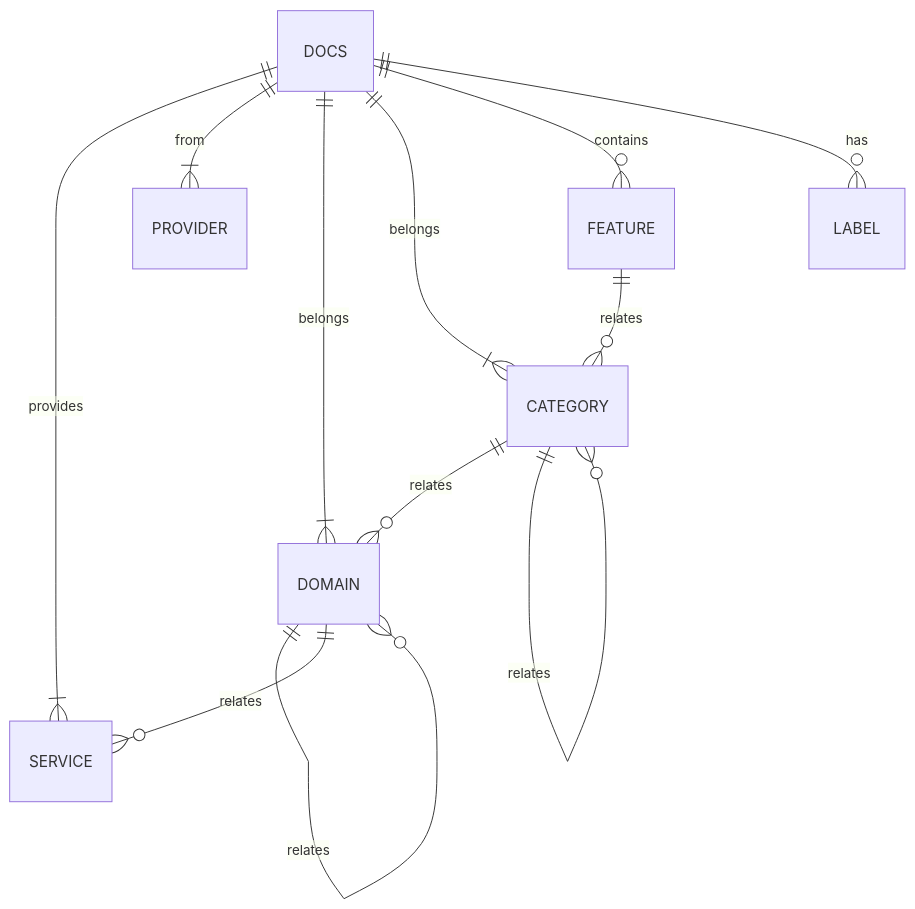
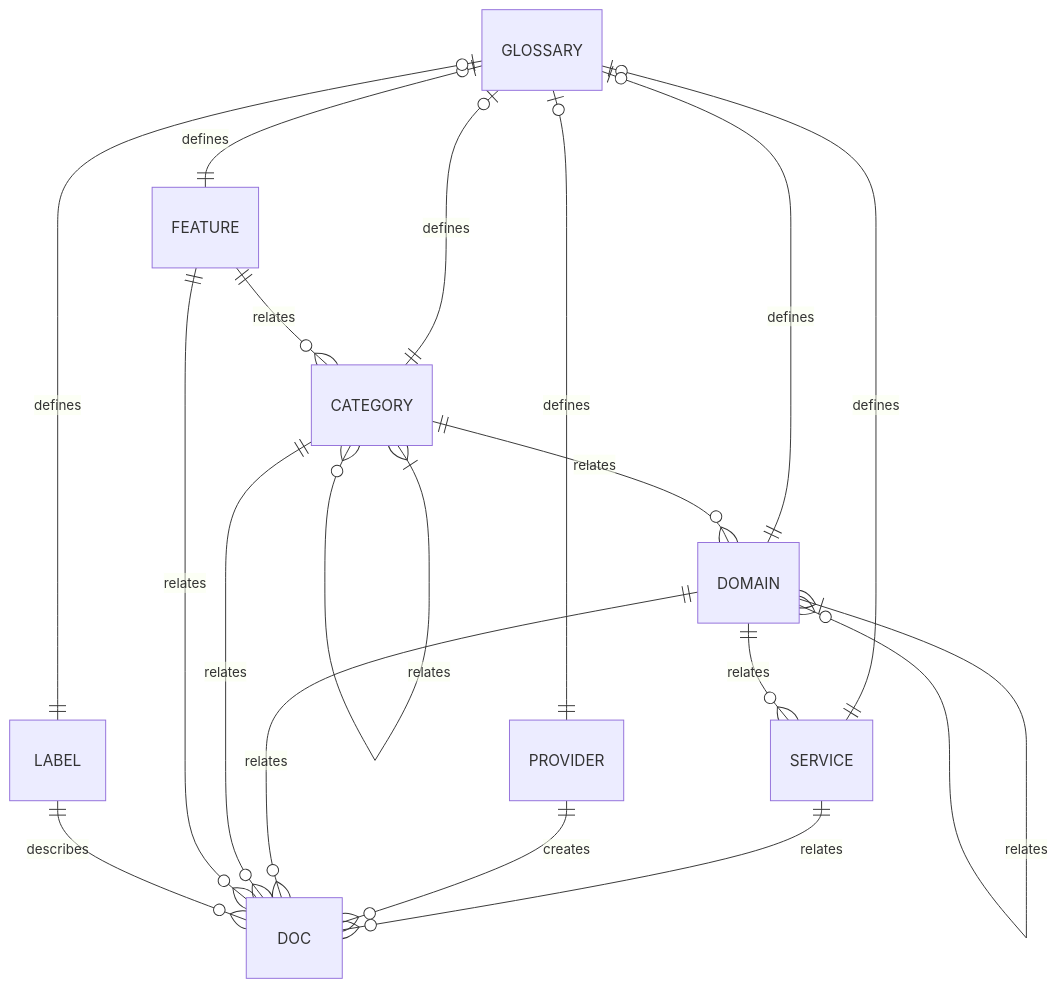
One commit to lexical-cloud/lexical-cloud-docs changed the second of 4 diagrams in en/pages/data-model.md. Above: the diagram before and after it, drawn with Mermaid. The commit also changed other lines of this file, not shown here.

````diff
--- a/en/pages/data-model.md
+++ b/en/pages/data-model.md
@@ -21,14 +27,20 @@
 ```mermaid
 erDiagram
-    DOCS ||--|{ SERVICE : provides
-    DOCS ||--|{ PROVIDER : from 
-    DOCS ||--|{ DOMAIN : belongs
-    DOCS ||--|{ CATEGORY : belongs
-    DOCS ||--o{ FEATURE : contains
-    DOCS ||--o{ LABEL : has
-    DOMAIN ||--o{ DOMAIN : relates
+    GLOSSARY |o--|| SERVICE : defines
+    GLOSSARY |o--|| PROVIDER : defines
+    GLOSSARY |o--|| DOMAIN : defines
+    GLOSSARY |o--|| CATEGORY : defines
+    GLOSSARY |o--|| FEATURE : defines
+    GLOSSARY |o--|| LABEL : defines
+    SERVICE ||--o{ DOC : relates
+    PROVIDER ||--o{ DOC : creates
+    DOMAIN ||--o{ DOC : relates
+    CATEGORY ||--o{ DOC : relates
+    FEATURE ||--o{ DOC : relates
+    LABEL ||--o{ DOC : describes
+    DOMAIN }|--o{ DOMAIN : relates
     DOMAIN ||--o{ SERVICE : relates
     CATEGORY ||--o{ DOMAIN : relates
-    CATEGORY ||--o{ CATEGORY: relates
+    CATEGORY }|--o{ CATEGORY: relates
     FEATURE ||--o{ CATEGORY : relates
 ```
````
